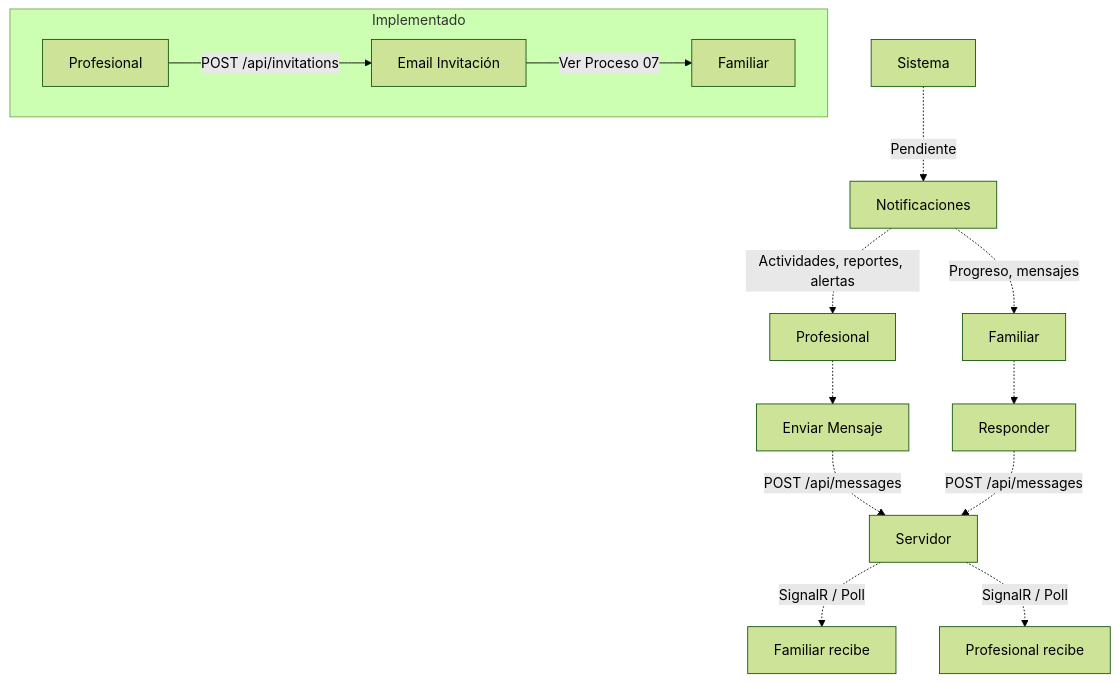
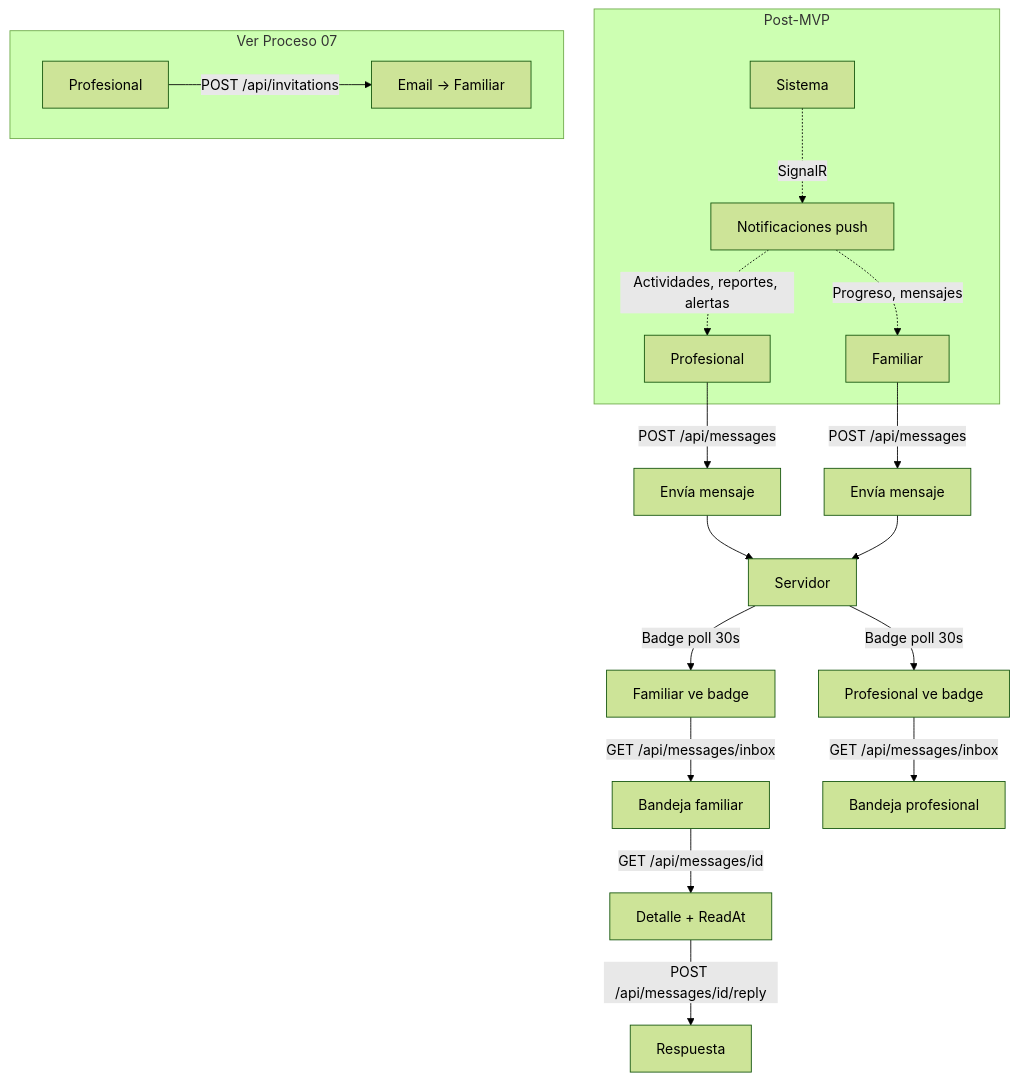
The diagram in Process/16-comunicacion-actores.md (Sacha-html/InclusiON), drawn with Mermaid (forest theme) before and after one commit. The commit also changed other lines of this file and 3 other files, not shown here.

````diff
--- a/Process/16-comunicacion-actores.md
+++ b/Process/16-comunicacion-actores.md
@@ -45,20 +56,24 @@
 ```mermaid
 flowchart TD
-    PROF[Profesional] -.-> MSG_OUT[Enviar Mensaje]
-    MSG_OUT -.->|POST /api/messages| SERVER[Servidor]
-    SERVER -.->|SignalR / Poll| FAM_IN[Familiar recibe]
+    PROF[Profesional] -->|POST /api/messages| SEND_P[Envía mensaje]
+    SEND_P --> SERVER[Servidor]
+    SERVER -->|Badge poll 30s| FAM_IN[Familiar ve badge]
+    FAM_IN -->|GET /api/messages/inbox| INBOX_F[Bandeja familiar]
+    INBOX_F -->|GET /api/messages/id| DET_F[Detalle + ReadAt]
+    DET_F -->|POST /api/messages/id/reply| REPLY_F[Respuesta]
 
-    FAM[Familiar] -.-> MSG_BACK[Responder]
-    MSG_BACK -.->|POST /api/messages| SERVER
-    SERVER -.->|SignalR / Poll| PROF_IN[Profesional recibe]
+    FAM[Familiar] -->|POST /api/messages| SEND_F[Envía mensaje]
+    SEND_F --> SERVER
+    SERVER -->|Badge poll 30s| PROF_IN[Profesional ve badge]
+    PROF_IN -->|GET /api/messages/inbox| INBOX_P[Bandeja profesional]
 
-    SYS[Sistema] -.->|Pendiente| NOTIF[Notificaciones]
-    NOTIF -.->|Actividades, reportes, alertas| PROF
-    NOTIF -.->|Progreso, mensajes| FAM
-
-    subgraph Implementado
-        PROF2[Profesional] -->|POST /api/invitations| INV[Email Invitación]
-        INV -->|Ver Proceso 07| FAM2[Familiar]
+    subgraph PostMVP ["Post-MVP"]
+        SYS[Sistema] -.->|SignalR| NOTIF[Notificaciones push]
+        NOTIF -.->|Actividades, reportes, alertas| PROF
+        NOTIF -.->|Progreso, mensajes| FAM
     end
 
+    subgraph Invitaciones ["Ver Proceso 07"]
+        PROF2[Profesional] -->|POST /api/invitations| INV[Email → Familiar]
+    end
 ```
````
